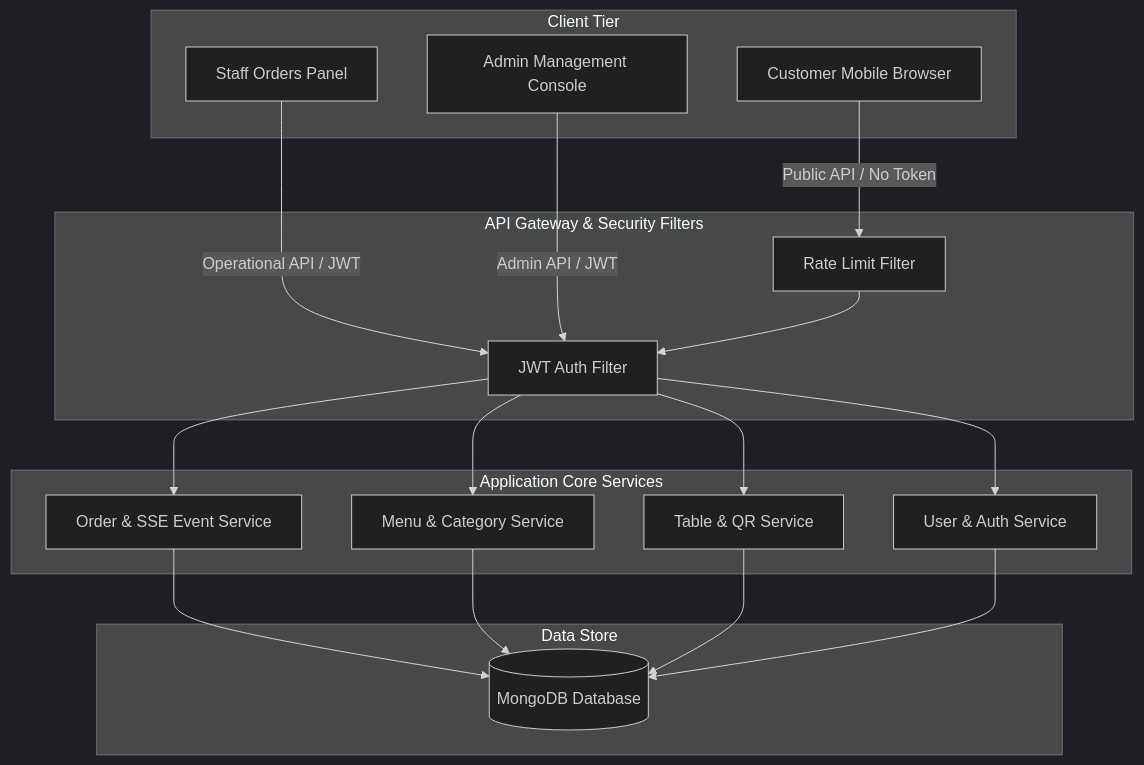
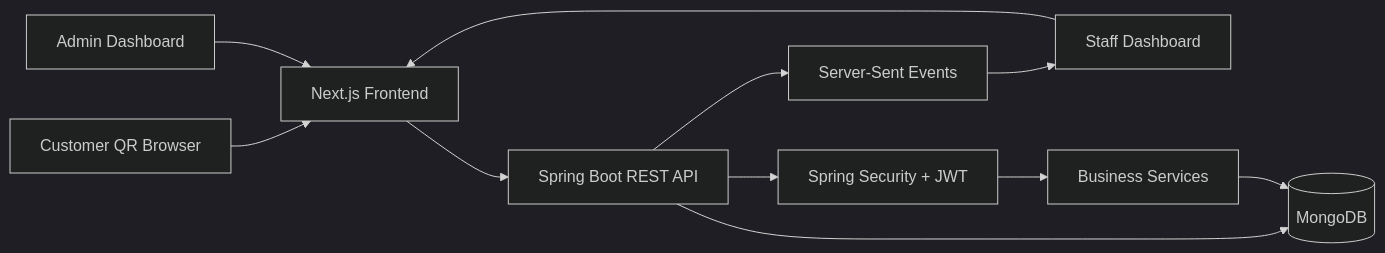
The diagram in README.md (bachle1302/qr-food-order-system), drawn with Mermaid (dark theme) before and after one commit. The commit also changed other lines of this file and 11 other files, not shown here.

````diff
--- a/README.md
+++ b/README.md
@@ -57,39 +129,15 @@
 ```mermaid
-flowchart TD
-  subgraph Client Tier [Client Tier]
-    Cust[Customer Mobile Browser]
-    Staff[Staff Orders Panel]
-    Admin[Admin Management Console]
-  end
+flowchart LR
+    Customer[Customer QR Browser] --> FE[Next.js Frontend]
+    Staff[Staff Dashboard] --> FE
+    Admin[Admin Dashboard] --> FE
 
-  subgraph API Gateway / Security [API Gateway & Security Filters]
-    RL[Rate Limit Filter]
-    Auth[JWT Auth Filter]
-  end
+    FE --> API[Spring Boot REST API]
+    API --> Security[Spring Security + JWT]
+    API --> SSE[Server-Sent Events]
+    API --> DB[(MongoDB)]
 
-  subgraph Services [Application Core Services]
-    OrderSvc[Order & SSE Event Service]
-    MenuSvc[Menu & Category Service]
-    TableSvc[Table & QR Service]
-    UserSvc[User & Auth Service]
-  end
-
-  subgraph Data Store [Data Store]
-    DB[(MongoDB Database)]
-  end
-
-  Cust -->|Public API / No Token| RL
-  Staff -->|Operational API / JWT| Auth
-  Admin -->|Admin API / JWT| Auth
-  
-  RL --> Auth
-  Auth --> OrderSvc
-  Auth --> MenuSvc
-  Auth --> TableSvc
-  Auth --> UserSvc
-  
-  OrderSvc --> DB
-  MenuSvc --> DB
-  TableSvc --> DB
-  UserSvc --> DB
+    SSE --> Staff
+    Security --> Services[Business Services]
+    Services --> DB
 ```
````
